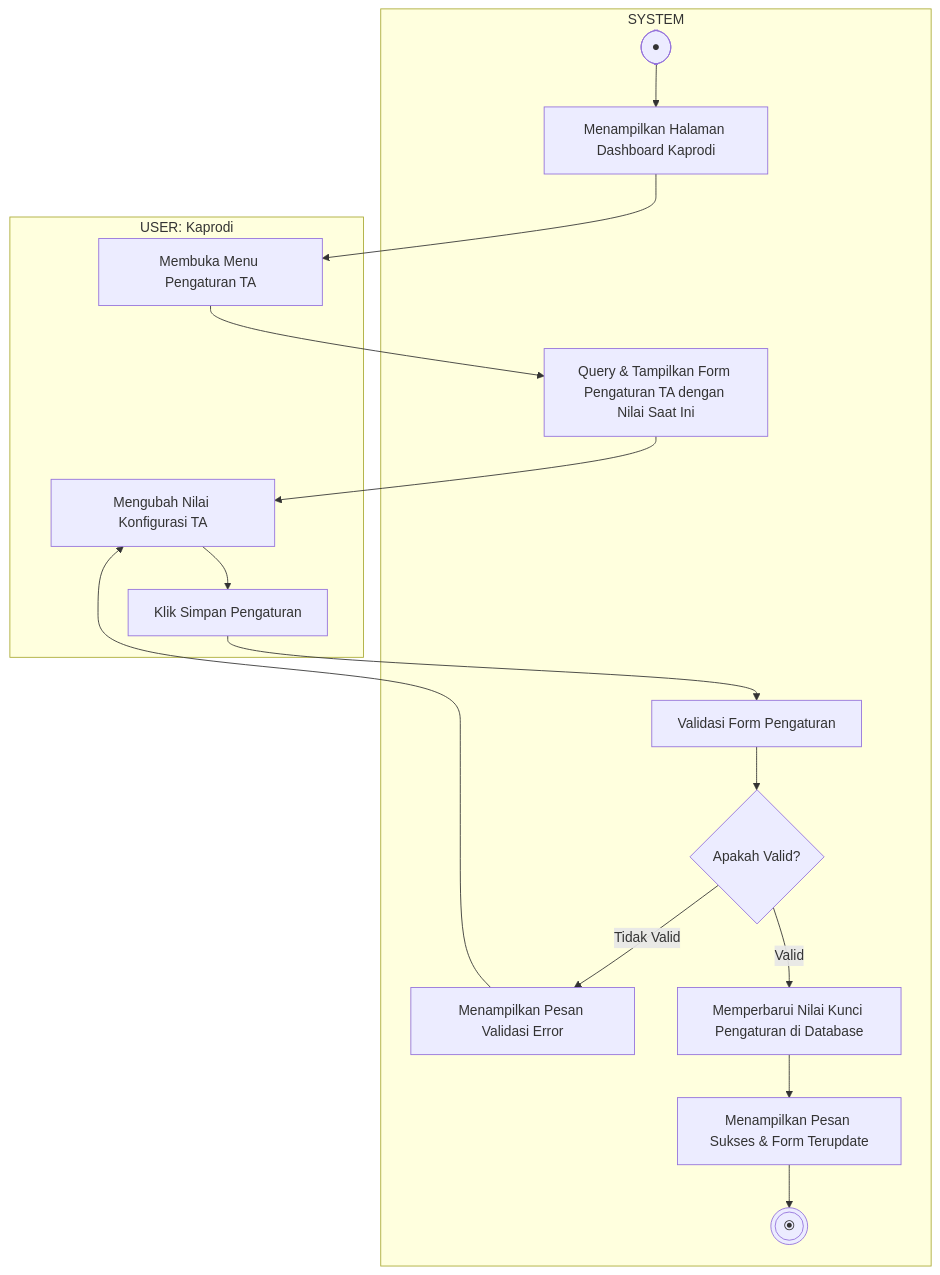
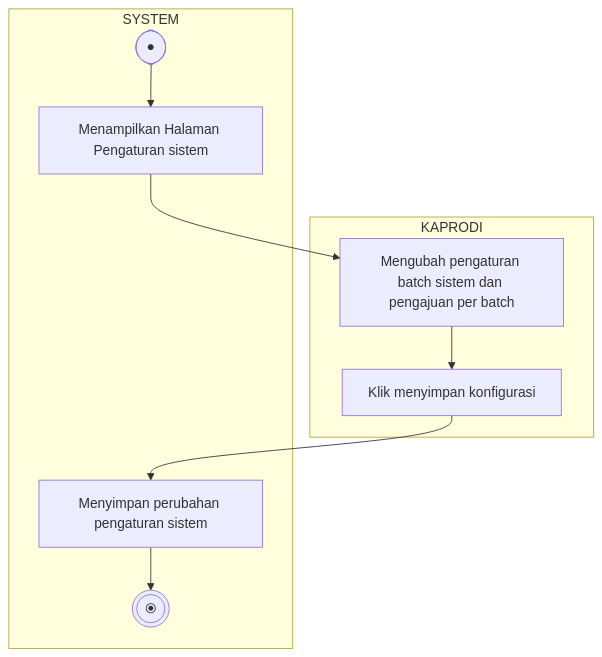
Before and after one commit to Duandi04/ta_submission: the diagram in docs/uml/Activity Diagram/Kaprodi/activity_diagram_pengaturan_ta.md, drawn with Mermaid. The commit also changed other lines of this file and 8 other files, not shown here.

Commit message:
refactor: simplify sequence diagrams by removing backend service and library layers to focus on core controller-model interactions

````diff
--- a/docs/uml/Activity Diagram/Kaprodi/activity_diagram_pengaturan_ta.md
+++ b/docs/uml/Activity Diagram/Kaprodi/activity_diagram_pengaturan_ta.md
@@ -5,23 +5,16 @@
 ```mermaid
 flowchart TD
-    subgraph USER [USER: Kaprodi]
-        L2[Membuka Menu Pengaturan TA]
-        L4[Mengubah Nilai Konfigurasi TA]
-        L5[Klik Simpan Pengaturan]
+    subgraph KAPRODI [KAPRODI]
+        L2["Mengubah pengaturan batch sistem dan pengajuan per batch"]
+        L3["Klik menyimpan konfigurasi"]
     end
 
     subgraph SYSTEM [SYSTEM]
-        Start([●]) --> L1[Menampilkan Halaman Dashboard Kaprodi]
-        L1 --> L2
-        L2 --> L3[Query & Tampilkan Form Pengaturan TA dengan Nilai Saat Ini]
-        L3 --> L4
-        L4 --> L5
-        L5 --> L6[Validasi Form Pengaturan]
-        L6 --> Decision{Apakah Valid?}
-        Decision -- Tidak Valid --> L7[Menampilkan Pesan Validasi Error]
-        L7 --> L4
-        Decision -- Valid --> L8[Memperbarui Nilai Kunci Pengaturan di Database]
-        L8 --> L9[Menampilkan Pesan Sukses & Form Terupdate]
-        L9 --> End(((⦿)))
+        Start([●]) --> L1["Menampilkan Halaman Pengaturan sistem"]
+        L4["Menyimpan perubahan pengaturan sistem"] --> End(((⦿)))
     end
+
+    L1 --> L2
+    L2 --> L3
+    L3 --> L4
 ```
````
